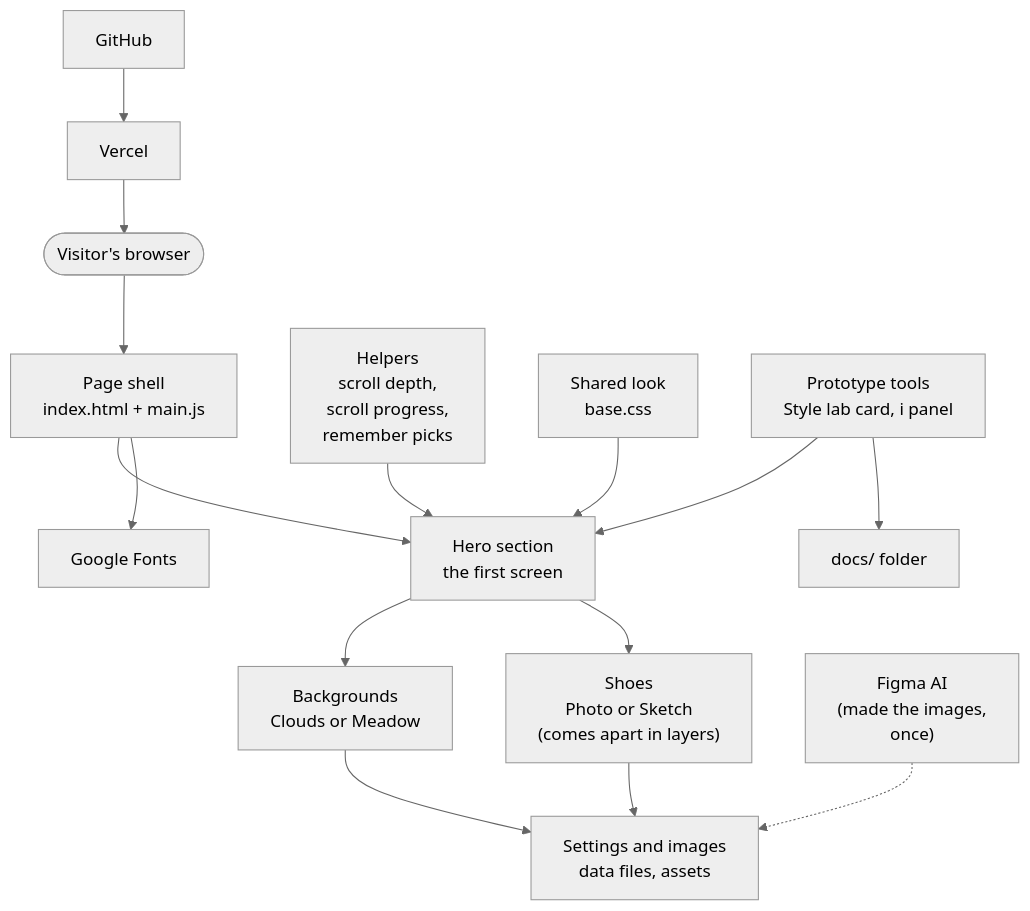
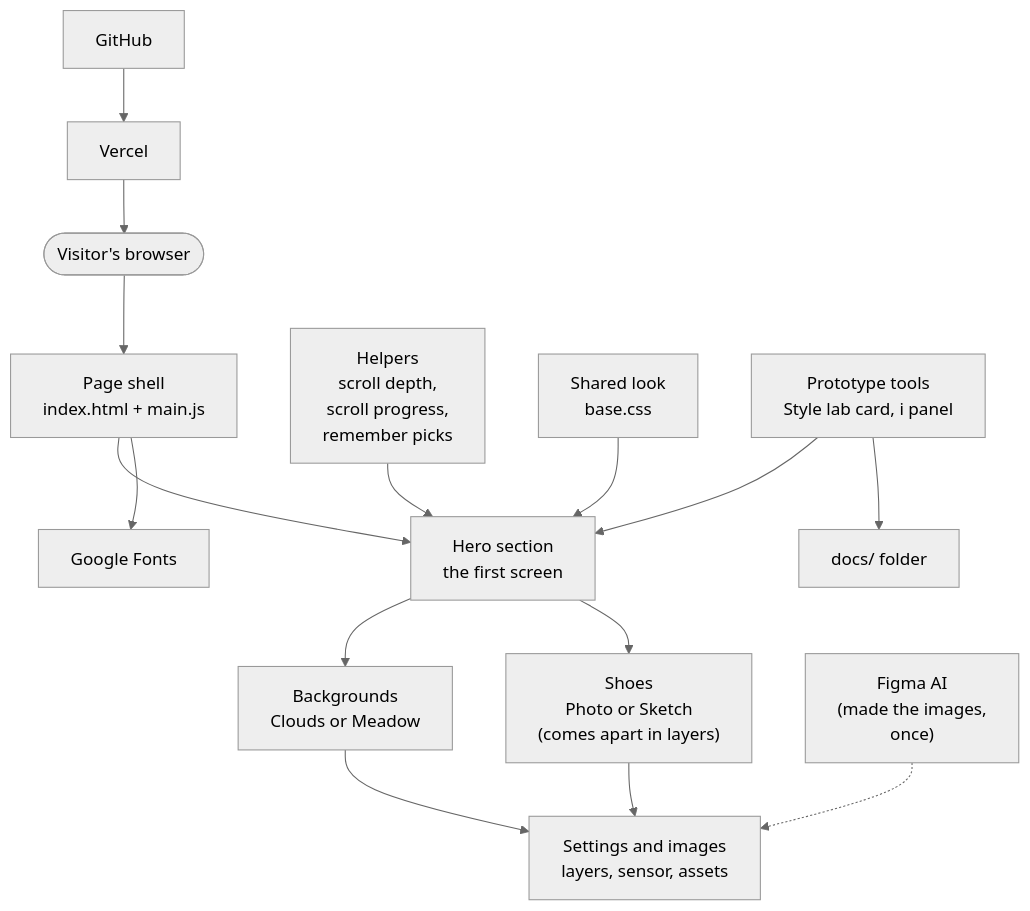
The diagram in docs/architecture.md (Veruzka/magic-shoes-presentation), drawn with Mermaid (neutral theme) before and after one commit. The commit also changed other lines of this file and 8 other files, not shown here.

````diff
--- a/docs/architecture.md
+++ b/docs/architecture.md
@@ -3,30 +3,30 @@
 ```mermaid
 flowchart TD
   visitor(["Visitor's browser"])
   page["Page shell<br/>index.html + main.js"]
   hero["Hero section<br/>the first screen"]
   bg["Backgrounds<br/>Clouds or Meadow"]
   shoe["Shoes<br/>Photo or Sketch<br/>(comes apart in layers)"]
-  data["Settings and images<br/>data files, assets"]
+  data["Settings and images<br/>layers, sensor, assets"]
   helpers["Helpers<br/>scroll depth,<br/>scroll progress,<br/>remember picks"]
   styles["Shared look<br/>base.css"]
   tools["Prototype tools<br/>Style lab card, i panel"]
   docs["docs/ folder"]
   github["GitHub"]
   vercel["Vercel"]
   fonts["Google Fonts"]
   figma["Figma AI<br/>(made the images,<br/>once)"]
 
   visitor --> page --> hero
   hero --> bg
   hero --> shoe
   bg --> data
   shoe --> data
   helpers --> hero
   styles --> hero
   tools --> hero
   tools --> docs
   page --> fonts
   github --> vercel --> visitor
   figma -.-> data
 ```
````
